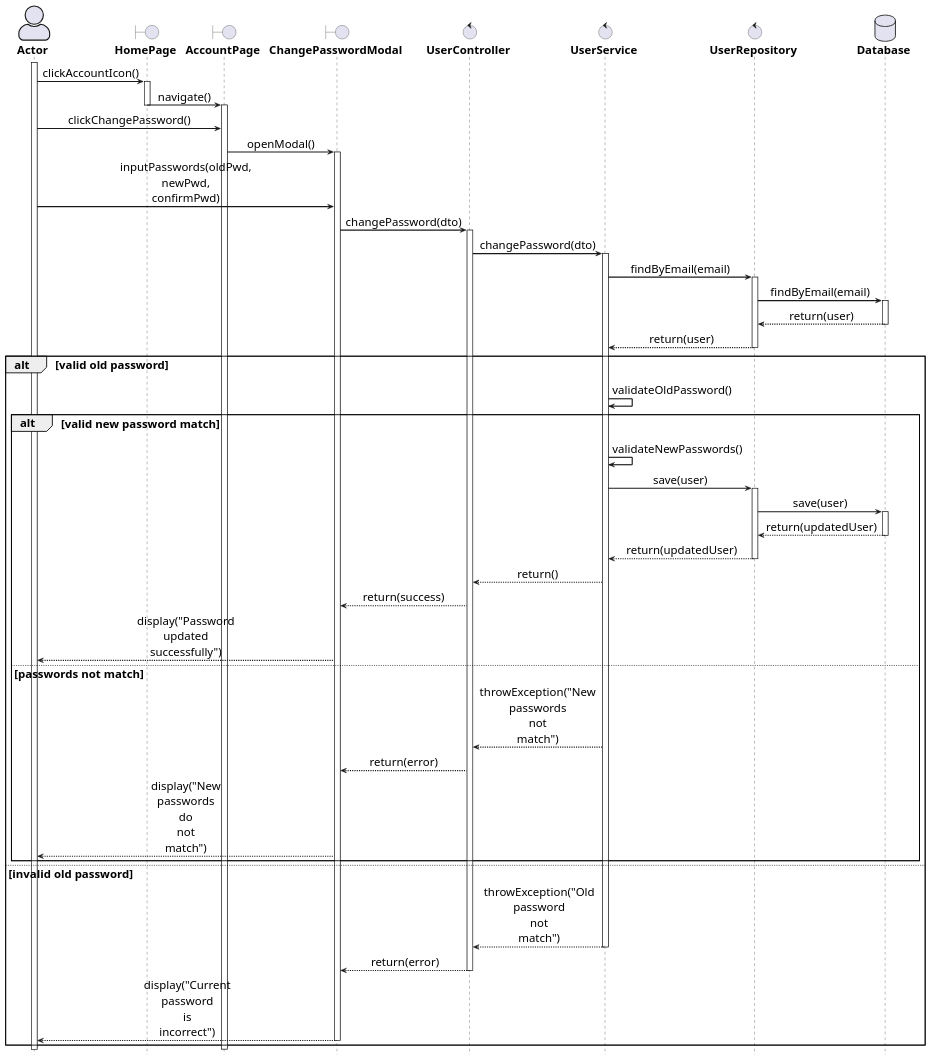
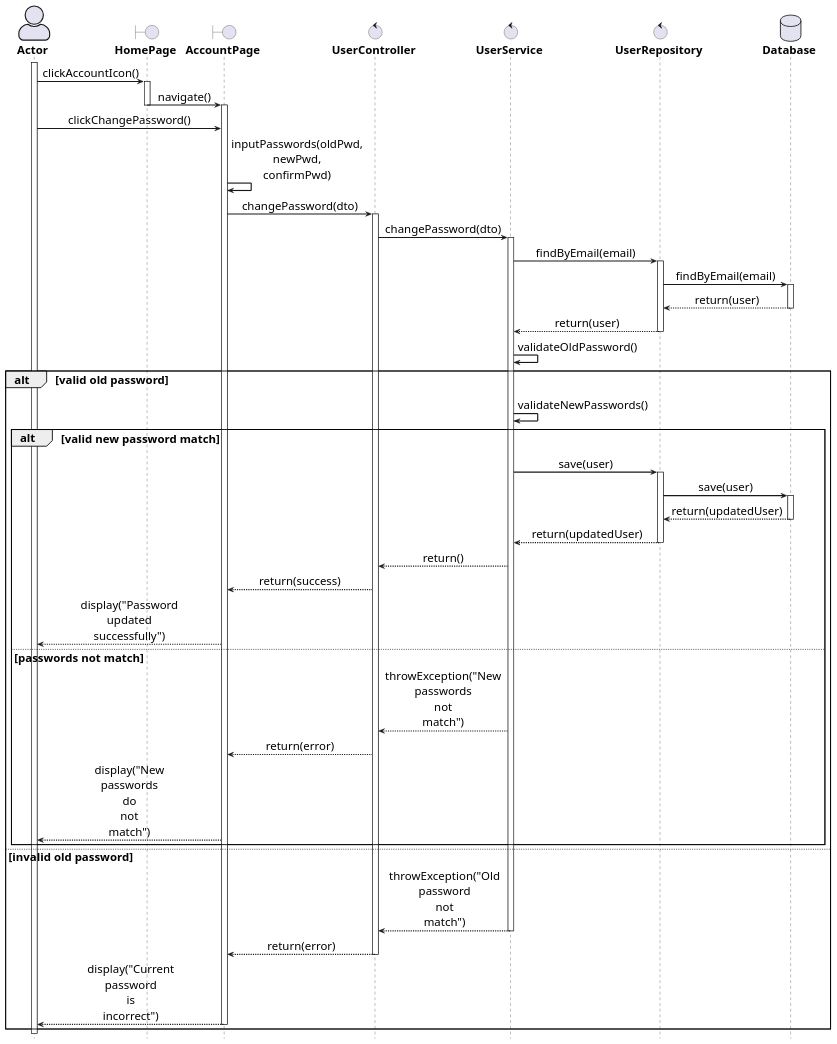
The diagram in docs/sequence-diagram/change-password.pu (phuquy-28/clothing-store-spring), drawn with PlantUML before and after one commit. The commit also changed 27 other files, not shown here.

Commit message:
add fields product response; refactor sequence

```diff
--- a/docs/sequence-diagram/change-password.pu
+++ b/docs/sequence-diagram/change-password.pu
@@ -1,104 +1,101 @@
 @startuml
 
 ' General configuration
 skinparam defaultFontSize 20
 skinparam maxMessageSize 60
 skinparam sequenceMessageAlign center
 
 ' Actor style configuration
 skinparam actorStyle awesome
 
 ' Arrow and border thickness configuration
 skinparam {
     ArrowThickness 2
     ParticipantBorderThickness 2
     ActorBorderThickness 2
     LifeLineBorderThickness 2
     ActivationBorderThickness 2
 }
 
 ' Life line color configuration
 skinparam LifeLineBorderColor black
 
 ' Font style configuration for components
 skinparam {
     actorFontStyle bold
     boundaryFontStyle bold
     controlFontStyle bold
     entityFontStyle bold
     databaseFontStyle bold
 }
 
 ' Define components
 actor "Actor" as actor
 boundary "HomePage" as homePage
 boundary "AccountPage" as accountPage
-boundary "ChangePasswordModal" as pwdModal
 control "UserController" as controller
 control "UserService" as service
 control "UserRepository" as repo
 database "Database" as db
 
 ' Start processing flow
 activate actor
 actor -> homePage: clickAccountIcon()
 activate homePage
 
 homePage -> accountPage: navigate()
 deactivate homePage
 activate accountPage
 
 actor -> accountPage: clickChangePassword()
-accountPage -> pwdModal: openModal()
-activate pwdModal
-
-actor -> pwdModal: inputPasswords(oldPwd, newPwd, confirmPwd)
-pwdModal -> controller: changePassword(dto)
+accountPage -> accountPage: inputPasswords(oldPwd, newPwd, confirmPwd)
+accountPage -> controller: changePassword(dto)
 activate controller
 
 controller -> service: changePassword(dto)
 activate service
 
 service -> repo: findByEmail(email)
 activate repo
 repo -> db: findByEmail(email)
 activate db
 db --> repo: return(user)
 deactivate db
 repo --> service: return(user)
 deactivate repo
 
+service -> service: validateOldPassword()
+
 alt valid old password
-    service -> service: validateOldPassword()
+    service -> service: validateNewPasswords()
     alt valid new password match
-        service -> service: validateNewPasswords()
         service -> repo: save(user)
         activate repo
         repo -> db: save(user)
         activate db
         db --> repo: return(updatedUser)
         deactivate db
         repo --> service: return(updatedUser)
         deactivate repo
         
         service --> controller: return()
-        controller --> pwdModal: return(success)
-        pwdModal --> actor: display("Password updated successfully")
+        controller --> accountPage: return(success)
+        accountPage --> actor: display("Password updated successfully")
     else passwords not match
         service --> controller: throwException("New passwords not match")
-        controller --> pwdModal: return(error)
-        pwdModal --> actor: display("New passwords do not match")
+        controller --> accountPage: return(error)
+        accountPage --> actor: display("New passwords do not match")
     end
 else invalid old password
     service --> controller: throwException("Old password not match")
     deactivate service
-    controller --> pwdModal: return(error)
+    controller --> accountPage: return(error)
     deactivate controller
-    pwdModal --> actor: display("Current password is incorrect")
-    deactivate pwdModal
+    accountPage --> actor: display("Current password is incorrect")
+    deactivate accountPage
 end
 
 deactivate accountPage
 
 hide footbox
 @enduml
```
